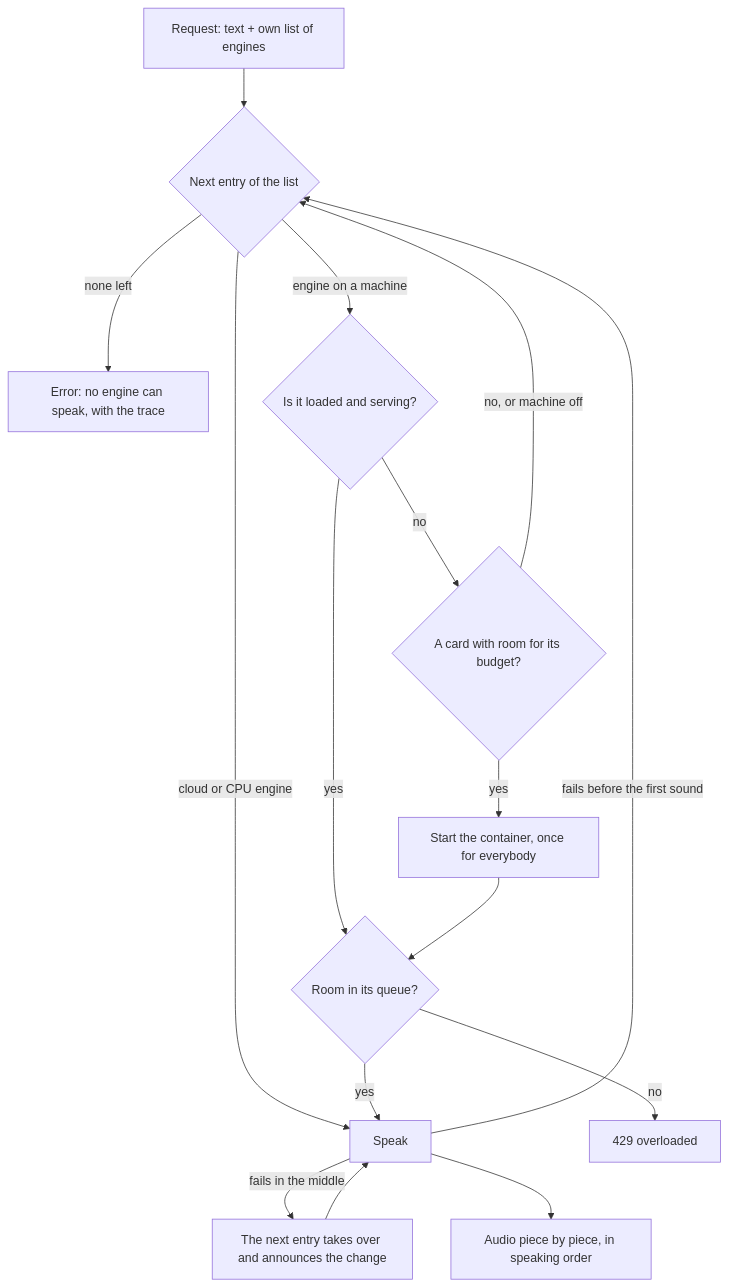
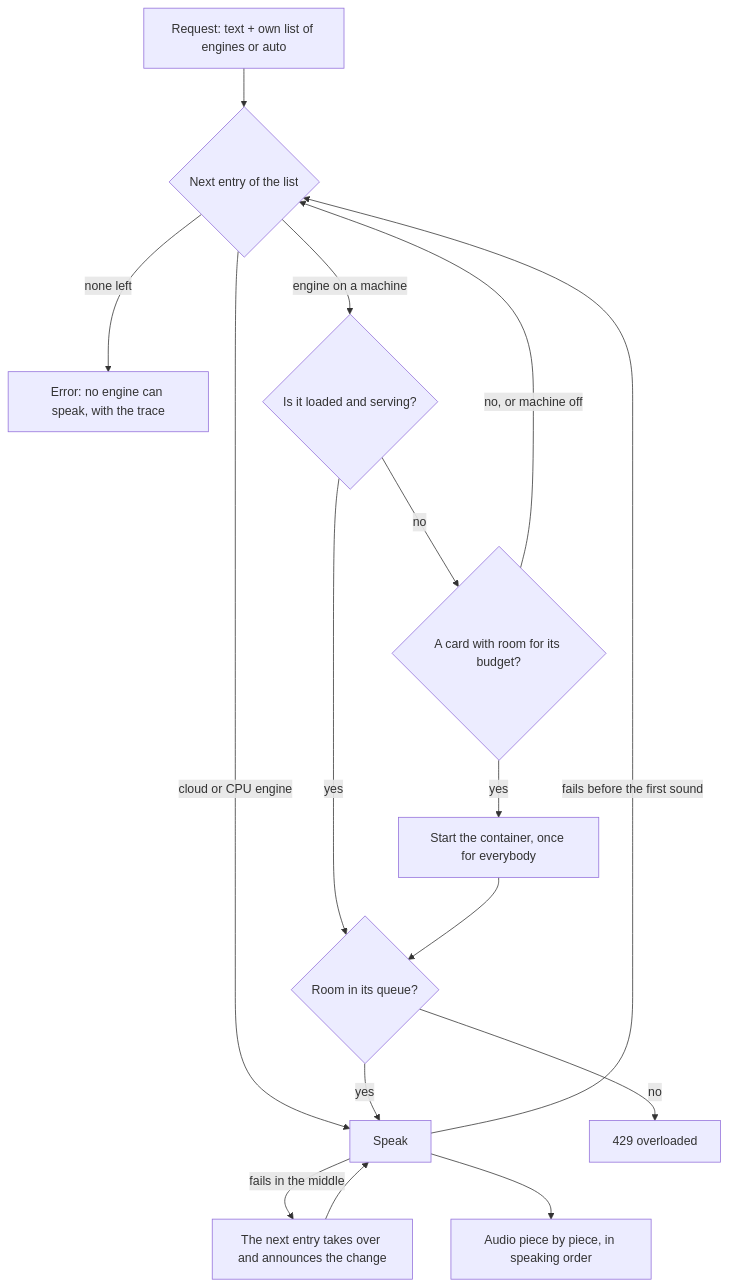
One commit to Peuqui/TTS-Suite changed the diagram in README.md. Above: the diagram before and after it, drawn with Mermaid. The commit also changed other lines of this file and 16 other files, not shown here.

````diff
--- a/README.md
+++ b/README.md
@@ -88,16 +89,16 @@
 ```mermaid
 flowchart TD
-    R[Request: text + own list of engines] --> C{Next entry of the list}
+    R[Request: text + own list of engines or auto] --> C{Next entry of the list}
     C -->|none left| E[Error: no engine can speak, with the trace]
     C -->|cloud or CPU engine| S[Speak]
     C -->|engine on a machine| L{Is it loaded and serving?}
     L -->|yes| Q{Room in its queue?}
     L -->|no| P{A card with room for its budget?}
     P -->|yes| T[Start the container, once for everybody] --> Q
     P -->|no, or machine off| C
     Q -->|yes| S
     Q -->|no| O[429 overloaded]
     S -->|fails before the first sound| C
     S -->|fails in the middle| N[The next entry takes over and announces the change] --> S
     S --> D[Audio piece by piece, in speaking order]
 ```
````
